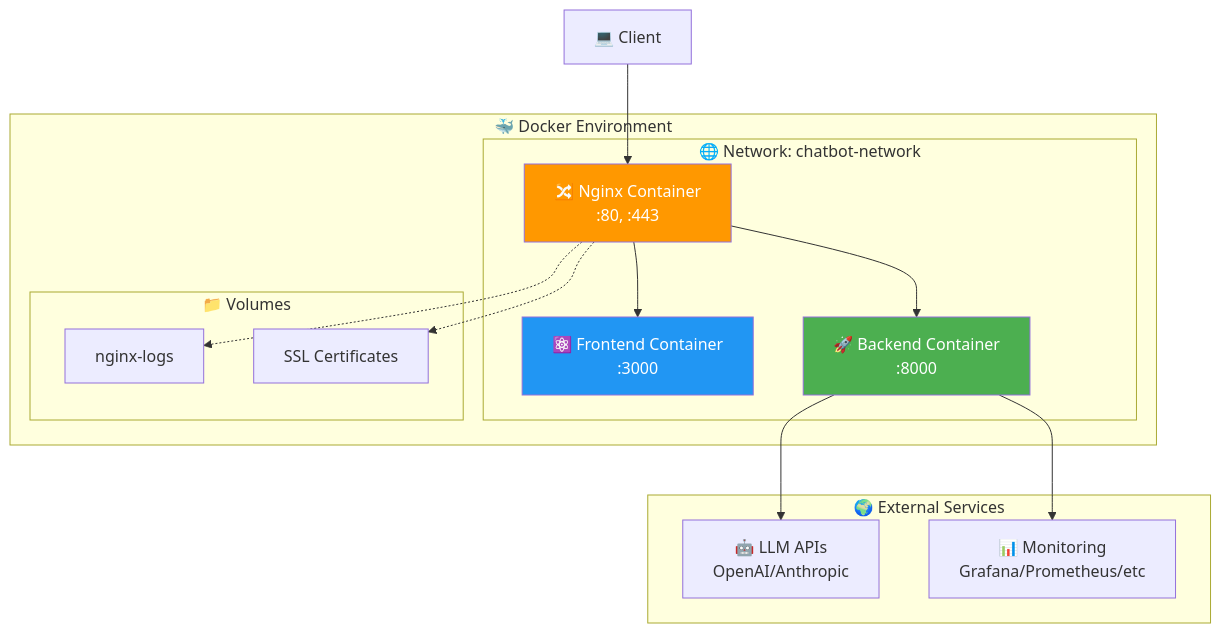
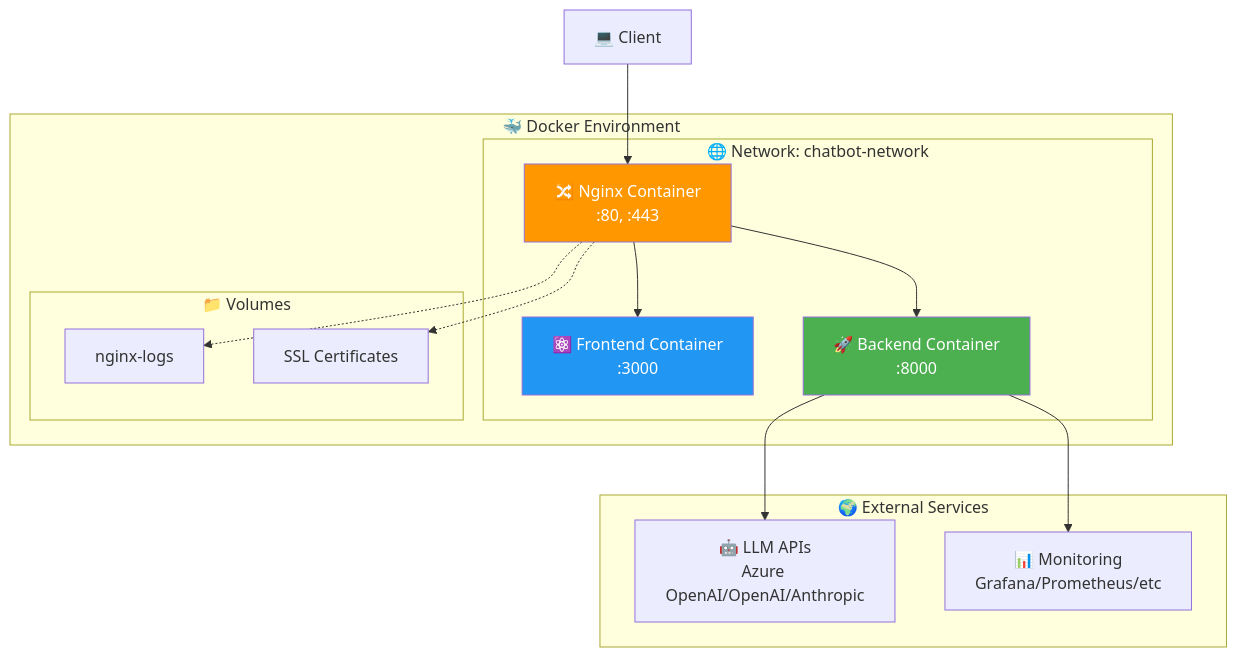
Before and after one commit to WatkinsGreen/chatter: the fourth of 9 diagrams in docs/architecture-diagrams.md, drawn with Mermaid. The commit also changed other lines of this file and 3 other files, not shown here.

First line of the commit message:
Update architecture diagrams to reflect Azure OpenAI integration

````diff
--- a/docs/architecture-diagrams.md
+++ b/docs/architecture-diagrams.md
@@ -100,33 +105,33 @@
 ```mermaid
 graph TB
     subgraph "🐳 Docker Environment"
         subgraph "🌐 Network: chatbot-network"
             N[🔀 Nginx Container<br/>:80, :443]
             F[⚛️ Frontend Container<br/>:3000]
             B[🚀 Backend Container<br/>:8000]
         end
         
         subgraph "📁 Volumes"
             V1[nginx-logs]
             V2[SSL Certificates]
         end
     end
     
     subgraph "🌍 External Services"
-        LLM_EXT[🤖 LLM APIs<br/>OpenAI/Anthropic]
+        LLM_EXT[🤖 LLM APIs<br/>Azure OpenAI/OpenAI/Anthropic]
         MON_EXT[📊 Monitoring<br/>Grafana/Prometheus/etc]
     end
     
     Client[💻 Client] --> N
     N --> F
     N --> B
     B --> LLM_EXT
     B --> MON_EXT
     
     N -.-> V1
     N -.-> V2
     
     style N fill:#ff9800,color:#fff
     style F fill:#2196f3,color:#fff
     style B fill:#4caf50,color:#fff
 ```
````
